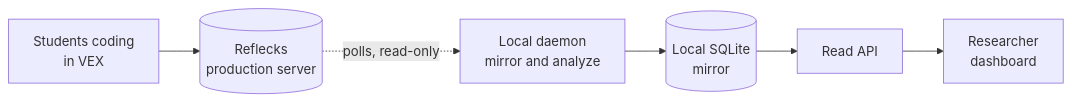
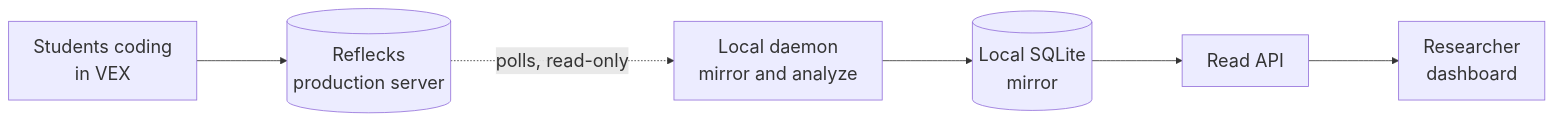
The first of 2 diagrams in docs/index.md (InviteInstitute/lm-dashboard), drawn with Mermaid before and after one commit. The commit also changed 3 other files, not shown here.

````diff
--- a/docs/index.md
+++ b/docs/index.md
@@ -14,8 +14,9 @@
 ```mermaid
+%%{init: {"flowchart": {"nodeSpacing": 90, "rankSpacing": 110}, "themeVariables": {"fontSize": "22px"}}}%%
 flowchart LR
     students["Students coding<br/>in VEX"] --> prod[("Reflecks<br/>production server")]
     prod -. "polls, read-only" .-> daemon["Local daemon<br/>mirror and analyze"]
     daemon --> sqlite[("Local SQLite<br/>mirror")]
     sqlite --> api["Read API"]
     api --> dash["Researcher<br/>dashboard"]
 ```
````
